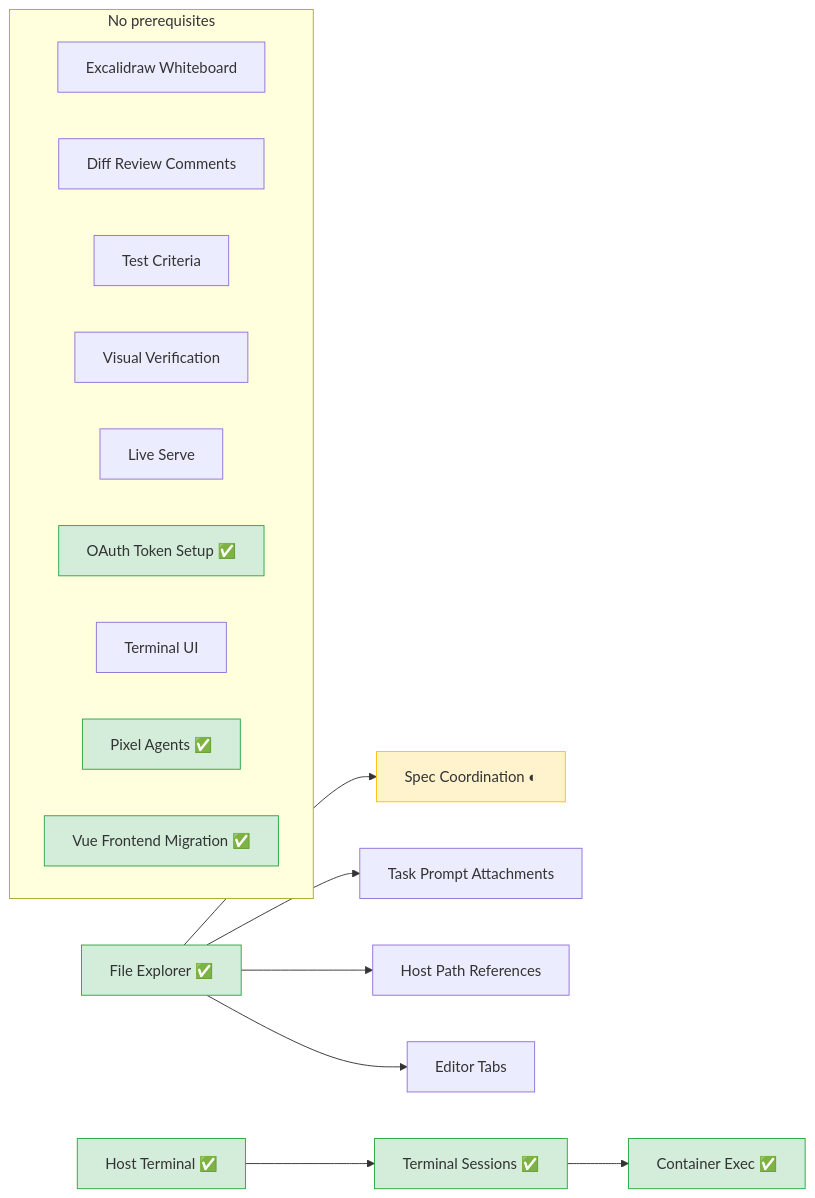
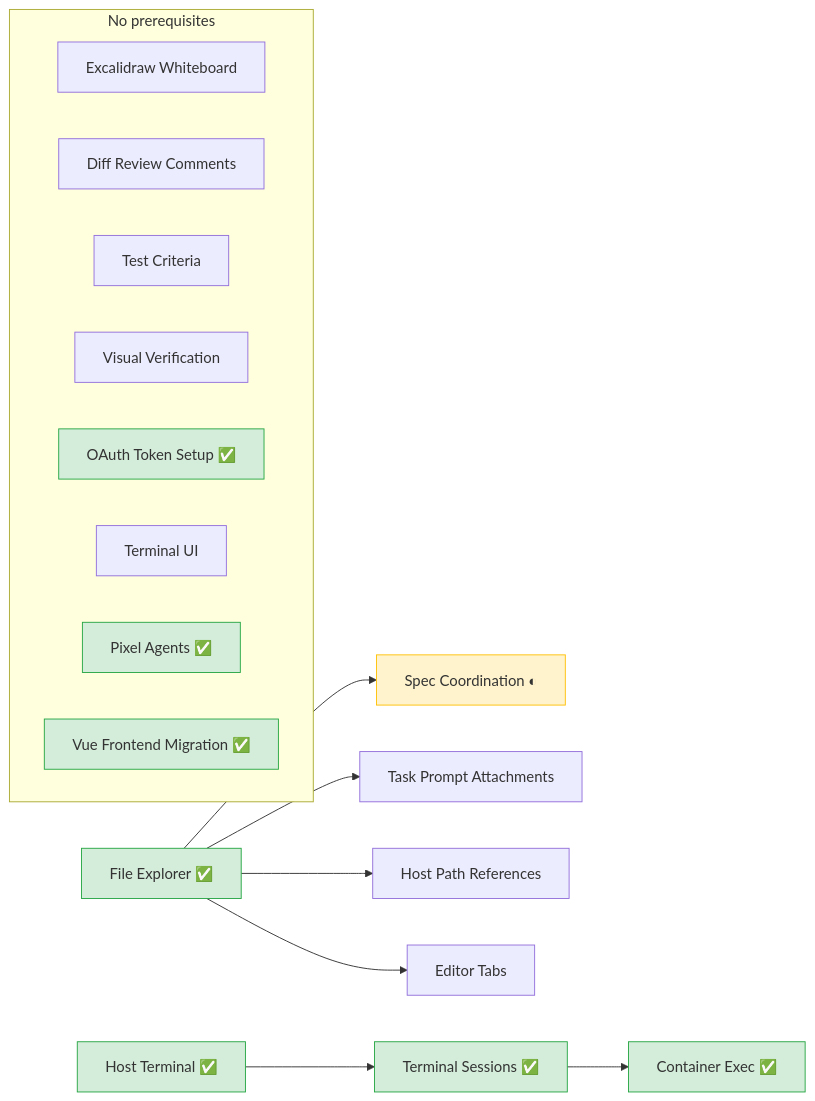
Before and after one commit to changkun/wallfacer: the second of 3 diagrams in specs/README.md, drawn with Mermaid. The commit also changed other lines of this file and 4 other files, not shown here.

Commit message:
specs: retire live-serve as decision 6, since web apps are previewed through the platform's apps capability

````diff
--- a/specs/README.md
+++ b/specs/README.md
@@ -249,30 +250,29 @@
 ```mermaid
 graph LR
   FE[File Explorer ✅] --> SC[Spec Coordination ◐]
   FE --> TPA[Task Prompt Attachments]
   FE --> HPR[Host Path References]
   FE --> IFP[Editor Tabs]
   HT[Host Terminal ✅] --> TS[Terminal Sessions ✅] --> CE[Container Exec ✅]
 
   subgraph IND["No prerequisites"]
     direction LR
     EW[Excalidraw Whiteboard]
     DRC[Diff Review Comments]
     TC[Test Criteria]
     VV[Visual Verification]
-    LS[Live Serve]
     OTS[OAuth Token Setup ✅]
     TUI[Terminal UI]
     PA[Pixel Agents ✅]
     VFM[Vue Frontend Migration ✅]
   end
 
   style FE fill:#d4edda,stroke:#28a745
   style HT fill:#d4edda,stroke:#28a745
   style TS fill:#d4edda,stroke:#28a745
   style CE fill:#d4edda,stroke:#28a745
   style OTS fill:#d4edda,stroke:#28a745
   style PA fill:#d4edda,stroke:#28a745
   style VFM fill:#d4edda,stroke:#28a745
   style SC fill:#fff3cd,stroke:#ffc107
 ```
````
